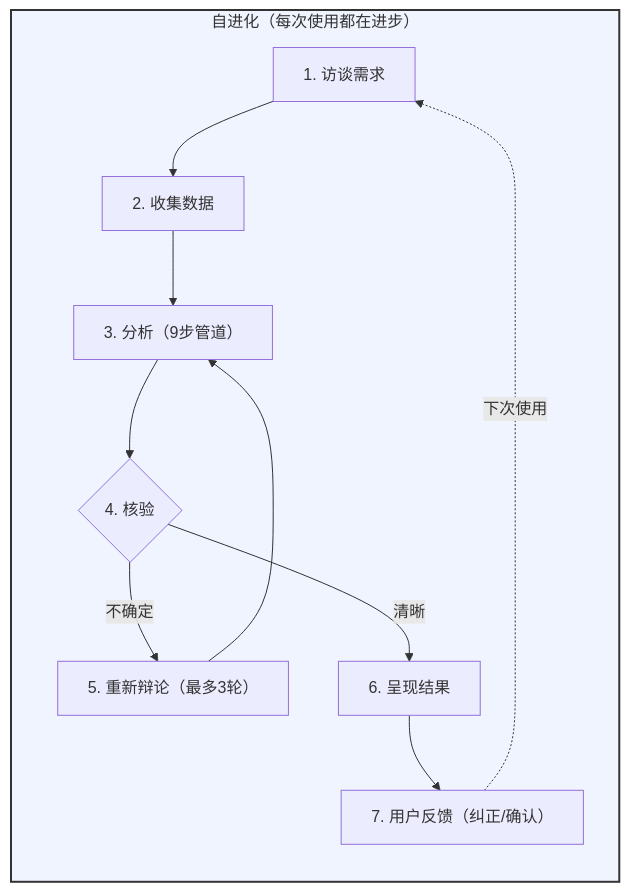
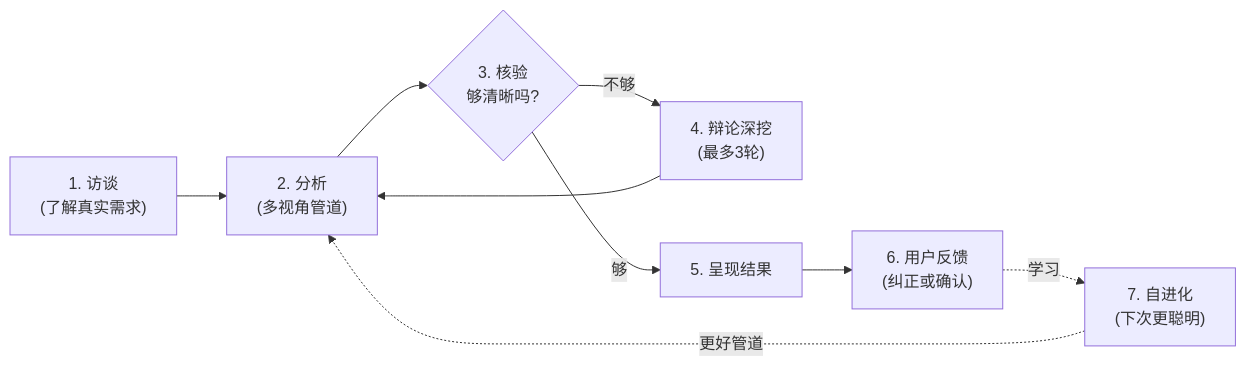
The diagram in README_CN.md (ljjluke/ponder-skill), drawn with Mermaid before and after one commit. The commit also changed 1 other file, not shown here.

Commit message:
docs: 架构图精简为7步高层视图
- 1访谈→2分析→3核验→4深挖→5呈现→6反馈→7进化
- 7步线性流程, 清晰易懂
- 不再展开9步管道等内部细节
- 中英文同步

````diff
--- a/README_CN.md
+++ b/README_CN.md
@@ -39,15 +39,11 @@
 ```mermaid
-flowchart TB
-    subgraph Evolution["自进化（每次使用都在进步）"]
-        direction TB
-        A["1. 访谈需求"] --> B["2. 收集数据"]
-        B --> C["3. 分析（9步管道）"]
-        C --> D{"4. 核验"}
-        D -->|不确定| E["5. 重新辩论（最多3轮）"]
-        E --> C
-        D -->|清晰| F["6. 呈现结果"]
-        F --> G["7. 用户反馈（纠正/确认）"]
-        G -.->|下次使用| A
-    end
-    style Evolution fill:#f0f4ff,stroke:#333,stroke-width:2px
+flowchart LR
+    A["1. 访谈<br/>(了解真实需求)"] --> B["2. 分析<br/>(多视角管道)"]
+    B --> C{"3. 核验<br/>够清晰吗?"}
+    C -->|不够| D["4. 辩论深挖<br/>(最多3轮)"]
+    D --> B
+    C -->|够| E["5. 呈现结果"]
+    E --> F["6. 用户反馈<br/>(纠正或确认)"]
+    F -.->|学习| G["7. 自进化<br/>(下次更聪明)"]
+    G -.->|更好管道| B
 ```
````
